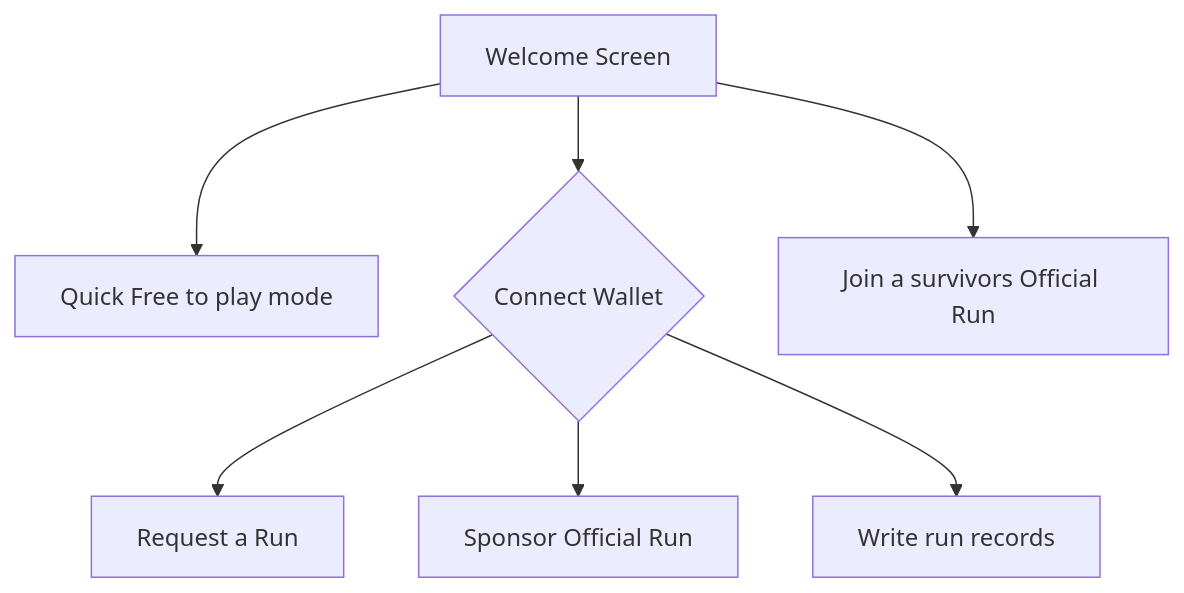
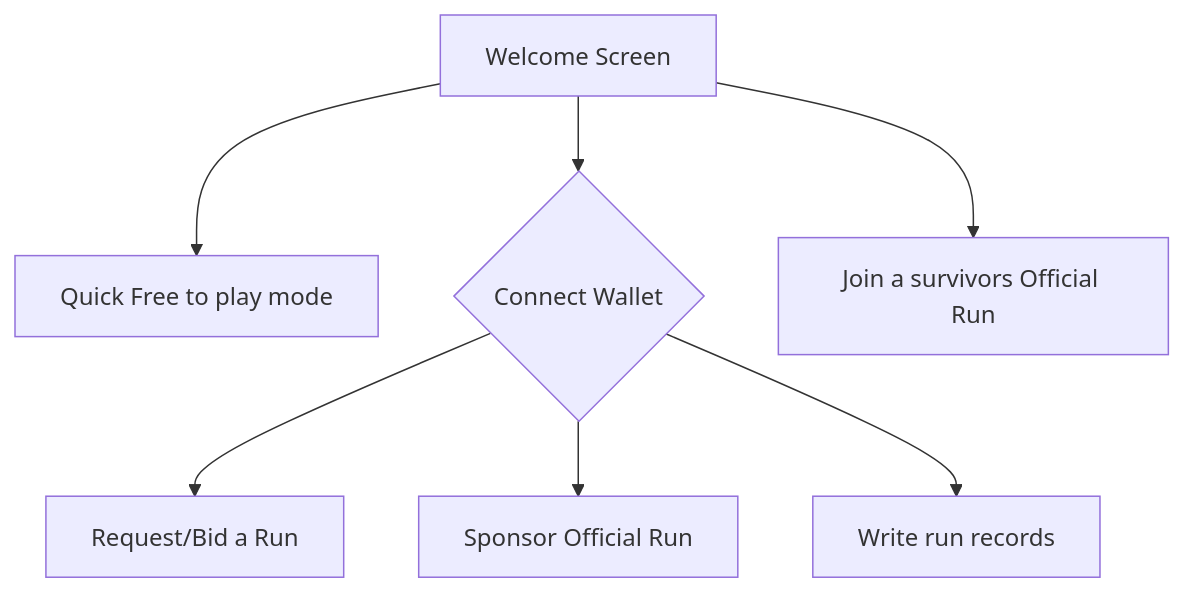
Before and after one commit to OnChainSurvivor/OnChainSurvivor: the first of 3 diagrams in README.md, drawn with Mermaid. The commit also changed other lines of this file and 1 other file, not shown here.

Commit message:
Ranked bid design Ranked bid design

````diff
--- a/README.md
+++ b/README.md
@@ -44,9 +44,9 @@
 ```mermaid
 graph TD
 A[Welcome Screen] -->B[Quick Free to play mode]
 A[Welcome Screen] --> D{Connect Wallet}
 A --> C[Join a survivors Official Run]
-D --> E[Request a Run]
+D --> E[Request/Bid  a Run]
 D --> z[Sponsor Official Run]
 D --> G[Write run records]
 ```
````
